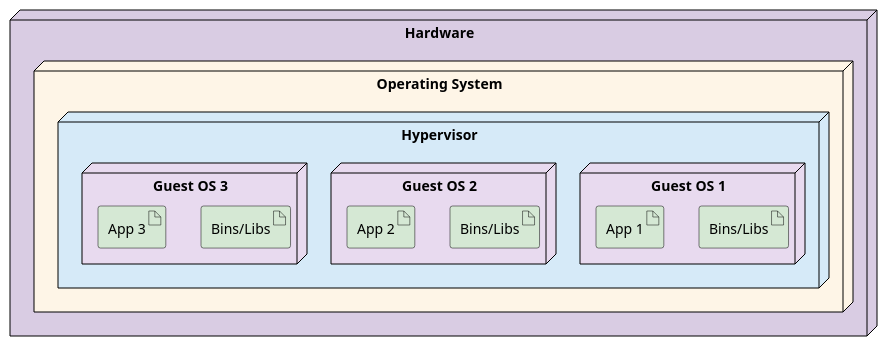
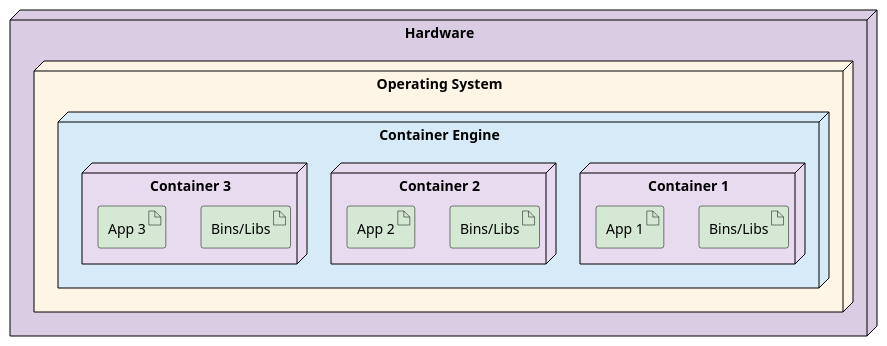
The diagram in deployment/virtualization_deployment.pu (CVUT-FS-12110/Information-technology), drawn with PlantUML before and after one commit. The commit also changed 1 other file, not shown here.

Commit message:
minor changes in diagrams

```diff
--- a/deployment/virtualization_deployment.pu
+++ b/deployment/virtualization_deployment.pu
@@ -1,36 +1,40 @@
 @startuml
-
 
 skinparam node {
   BorderColor black
   BackgroundColor white
 }
 skinparam artifact {
   BorderColor black
 }
 
 ' Hardware
 node "Hardware" as HW #D9CCE3 {
     ' Host OS
     node "Operating System" as HostOS #FEF5E7 {
-        ' Hypervisor Layer
-        node "Hypervisor" as HYP #D6EAF8 {
-            ' VM1
-            node "Guest OS 1" as GOS1 #E8DAEF {
+        ' Container Engine
+        node "Container Engine" as CE #D6EAF8 {
+
+            ' Container 1
+            node "Container 1" as C1 #E8DAEF {
                 artifact "Bins/Libs" as LIBS1 #D5E8D4
                 artifact "App 1" as APP1 #D5E8D4
             }
-            ' VM2
-            node "Guest OS 2" as GOS2 #E8DAEF {
+
+            ' Container 2
+            node "Container 2" as C2 #E8DAEF {
                 artifact "Bins/Libs" as LIBS2 #D5E8D4
                 artifact "App 2" as APP2 #D5E8D4
             }
-            ' VM3
-            node "Guest OS 3" as GOS3 #E8DAEF {
+
+            ' Container 3
+            node "Container 3" as C3 #E8DAEF {
                 artifact "Bins/Libs" as LIBS3 #D5E8D4
                 artifact "App 3" as APP3 #D5E8D4
             }
+
         }
     }
 }
+
 @enduml
```
